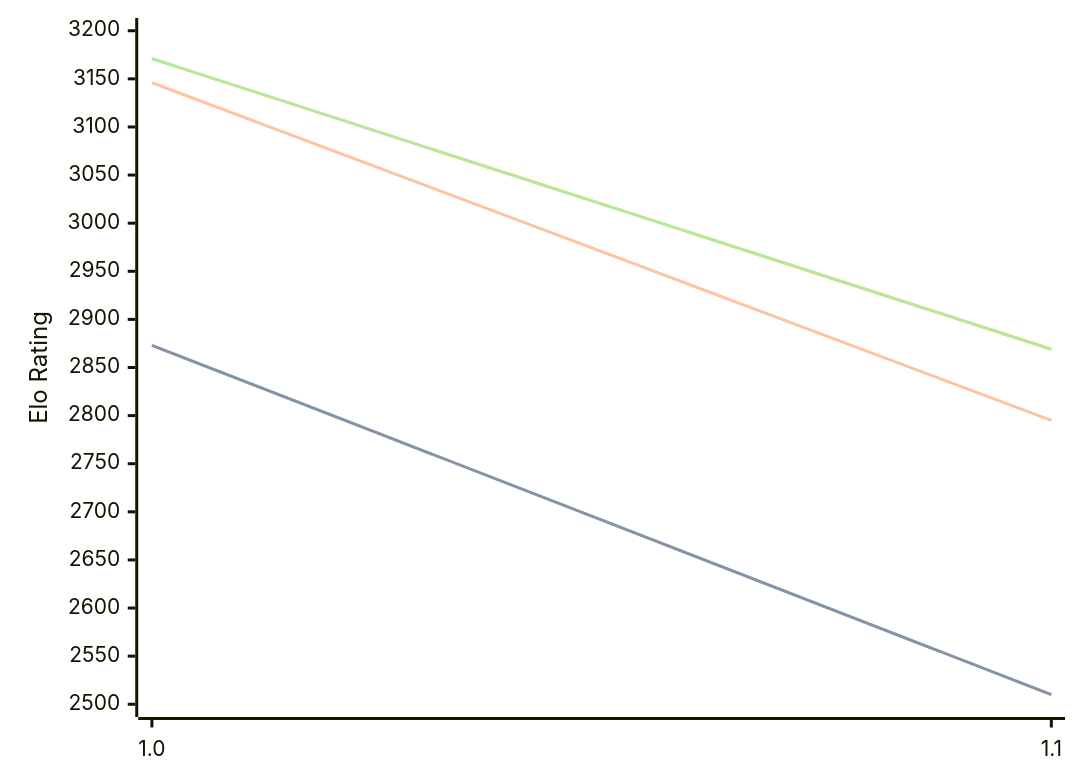
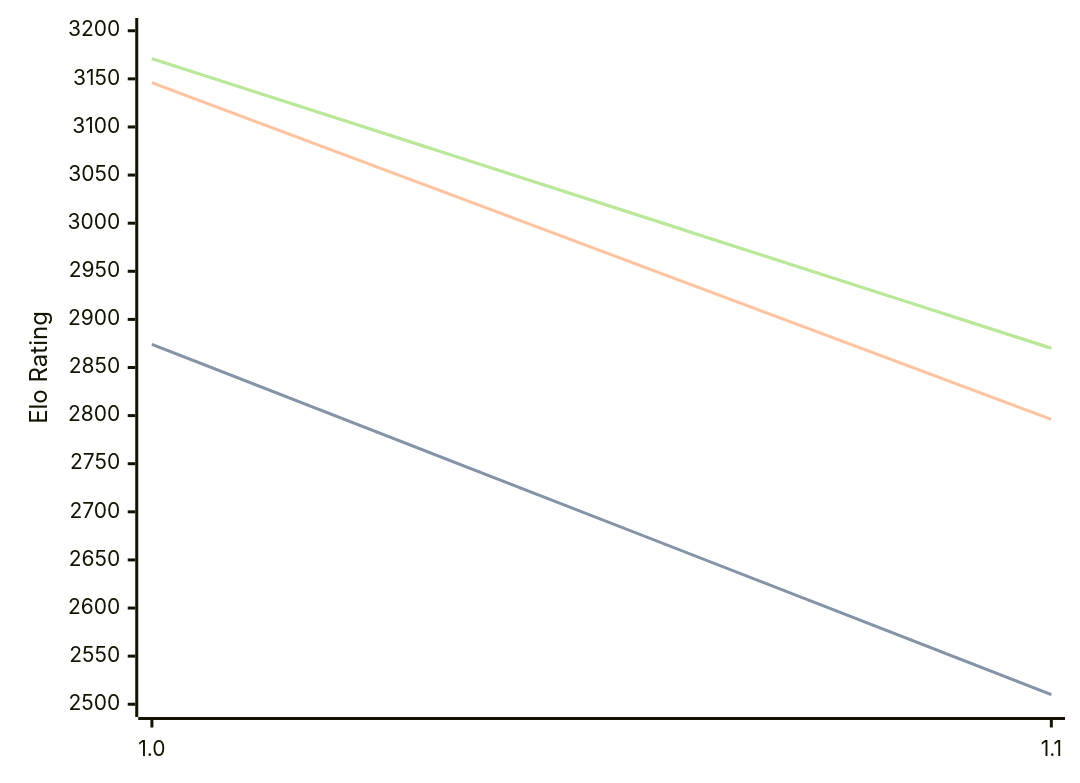
One commit to computer-chess-index/cci changed the diagram in engines/Publius.md. Above: the diagram before and after it, drawn with Mermaid. The commit also changed other lines of this file, not shown here.

Commit message:
Update CCI Ratings (ELO VLTC) - 2026-04-27

````diff
--- a/engines/Publius.md
+++ b/engines/Publius.md
@@ -32,11 +32,11 @@
 ```mermaid
 %%{init: {"theme":"base","themeVariables":{"seriesColors:['#a3a3a3','#222221','#faa371']}}}%%
 xychart-beta
   x-axis ["1.0", "1.1"]
   y-axis "Elo Rating" 2500 --> 3200
-  line "STC (8.0+0.08s)" [2873, 2510]
-  line "STC (8.0+0.08s)" [2873, 2510]
-  line "LTC (60.0+0.60s)" [3146, 2795]
-  line "VLTC (2m24s+1.12s)" [3171, 2869]
-  line "VLTC (2m24s+1.12s)" [3171, 2869]
+  line "STC (8.0+0.08s)" [2874, 2510]
+  line "STC (8.0+0.08s)" [2874, 2510]
+  line "LTC (60.0+0.60s)" [3146, 2796]
+  line "VLTC (2m24s+1.12s)" [3171, 2870]
+  line "VLTC (2m24s+1.12s)" [3171, 2870]
 ```
````
